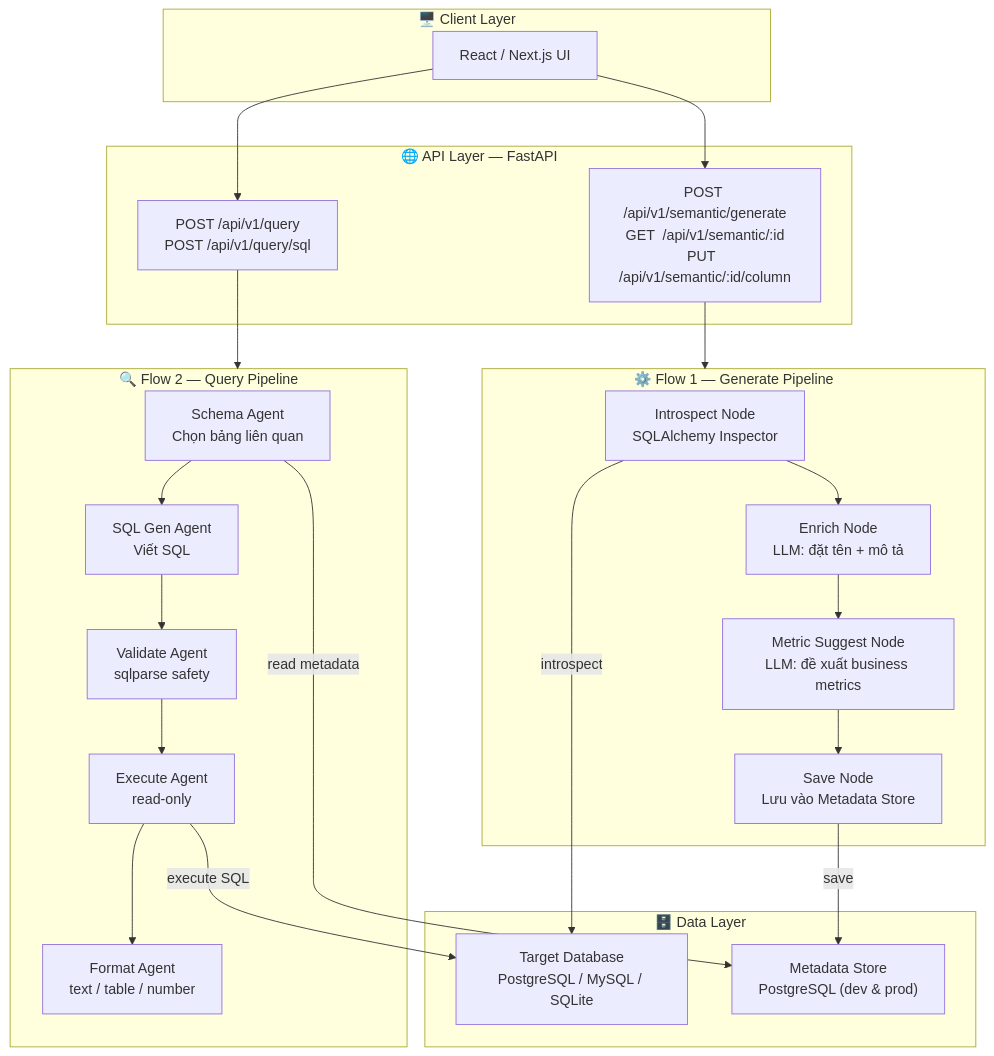
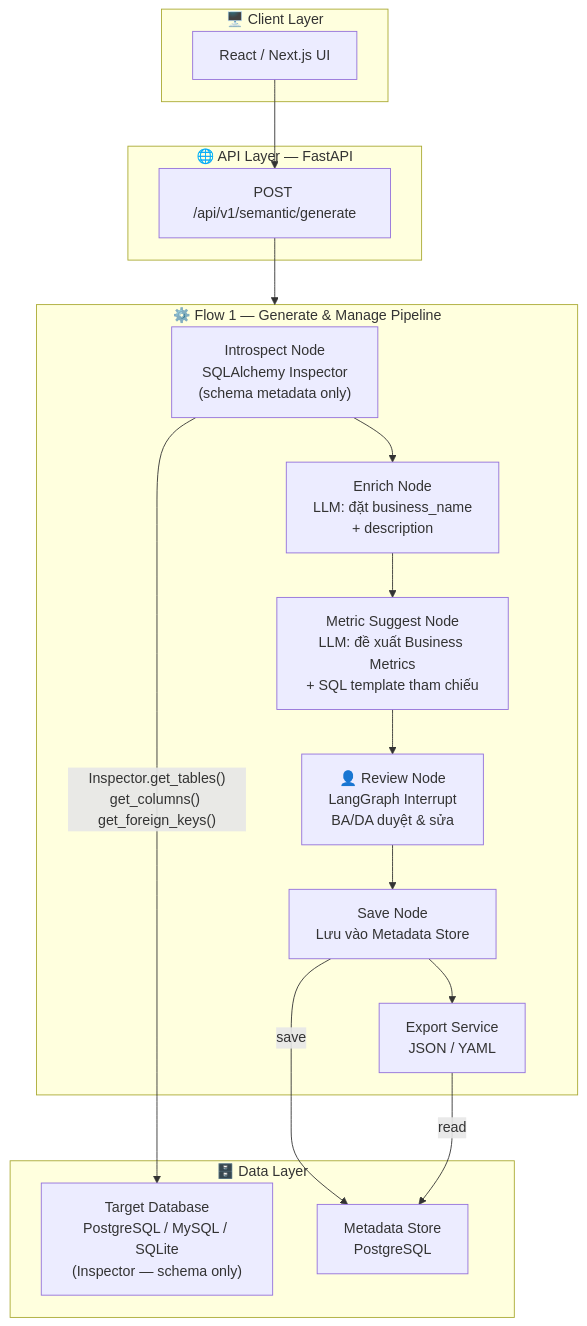
One commit to QuanAnh280605/P-069 changed the first of 2 diagrams in ARCHITECTURE.md. Above: the diagram before and after it, drawn with Mermaid. The commit also changed other lines of this file and 21 other files, not shown here.

Commit message:
feat: initialize core project structure, FastAPI routes, and LangGraph agent nodes for semantic layer generation

````diff
--- a/ARCHITECTURE.md
+++ b/ARCHITECTURE.md
@@ -16,41 +15,32 @@
 ```mermaid
 graph TB
     subgraph Client["🖥️ Client Layer"]
         UI["React / Next.js UI"]
     end
 
     subgraph API["🌐 API Layer — FastAPI"]
-        GEN_API["POST /api/v1/semantic/generate\nGET  /api/v1/semantic/:id\nPUT  /api/v1/semantic/:id/column"]
-        QRY_API["POST /api/v1/query\nPOST /api/v1/query/sql"]
+        SEM_API["POST /api/v1/semantic/generate"]
     end
 
-    subgraph Flow1["⚙️ Flow 1 — Generate Pipeline"]
-        G1["Introspect Node\nSQLAlchemy Inspector"]
-        G2["Enrich Node\nLLM: đặt tên + mô tả"]
-        G3["Metric Suggest Node\nLLM: đề xuất business metrics"]
+    subgraph Flow1["⚙️ Flow 1 — Generate & Manage Pipeline"]
+        G1["Introspect Node\nSQLAlchemy Inspector\n(schema metadata only)"]
+        G2["Enrich Node\nLLM: đặt business_name\n+ description"]
+        G3["Metric Suggest Node\nLLM: đề xuất Business Metrics\n+ SQL template tham chiếu"]
+        HITL["👤 Review Node\nLangGraph Interrupt\nBA/DA duyệt & sửa"]
         G4["Save Node\nLưu vào Metadata Store"]
-        G1 --> G2 --> G3 --> G4
-    end
-
-    subgraph Flow2["🔍 Flow 2 — Query Pipeline"]
-        Q1["Schema Agent\nChọn bảng liên quan"]
-        Q2["SQL Gen Agent\nViết SQL"]
-        Q3["Validate Agent\nsqlparse safety"]
-        Q4["Execute Agent\nread-only"]
-        Q5["Format Agent\ntext / table / number"]
-        Q1 --> Q2 --> Q3 --> Q4 --> Q5
+        G5["Export Service\nJSON / YAML"]
+        G1 --> G2 --> G3 --> HITL --> G4
+        G4 --> G5
     end
 
     subgraph Data["🗄️ Data Layer"]
-        TARGET["Target Database\nPostgreSQL / MySQL / SQLite"]
-        METADB["Metadata Store\nPostgreSQL (dev & prod)"]
+        TARGET["Target Database\nPostgreSQL / MySQL / SQLite\n(Inspector — schema only)"]
+        METADB["Metadata Store\nPostgreSQL"]
     end
 
-    UI --> GEN_API --> Flow1
-    UI --> QRY_API --> Flow2
+    UI --> SEM_API --> Flow1
 
-    G1 -->|introspect| TARGET
+    G1 -->|"Inspector.get_tables()\nget_columns() get_foreign_keys()"| TARGET
     G4 -->|save| METADB
-    Q1 -->|read metadata| METADB
-    Q4 -->|execute SQL| TARGET
+    G5 -->|read| METADB
 ```
````
